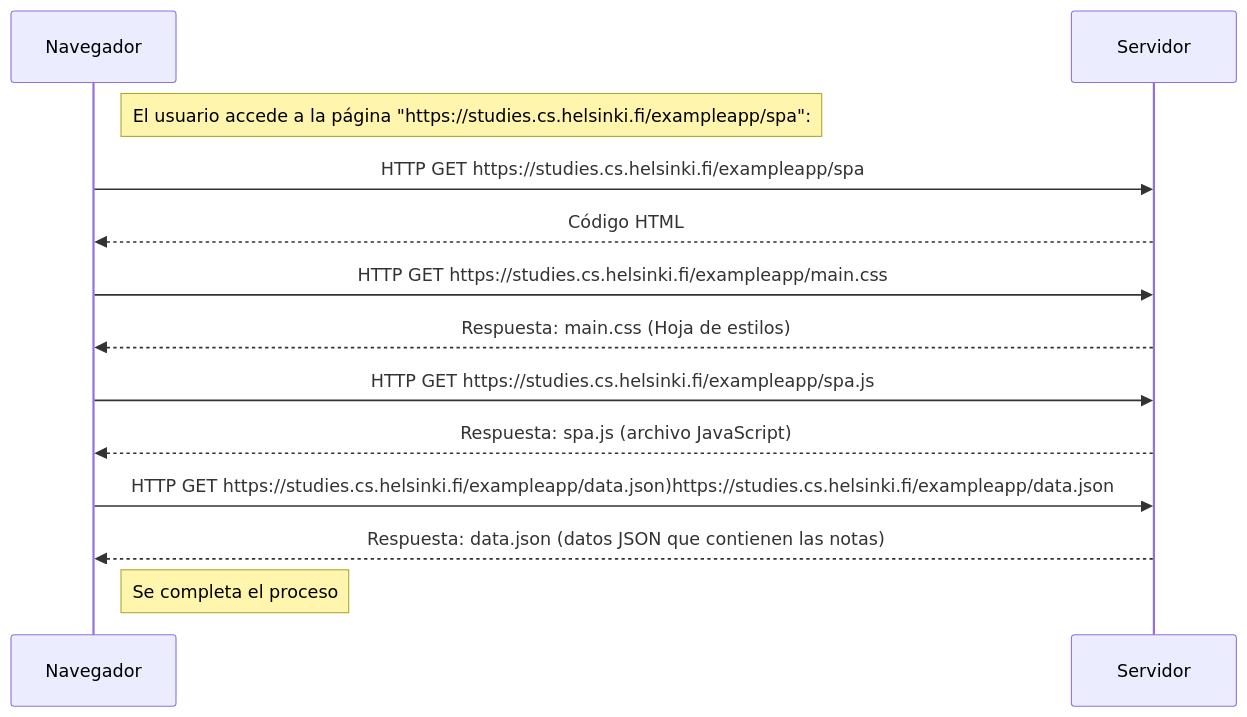
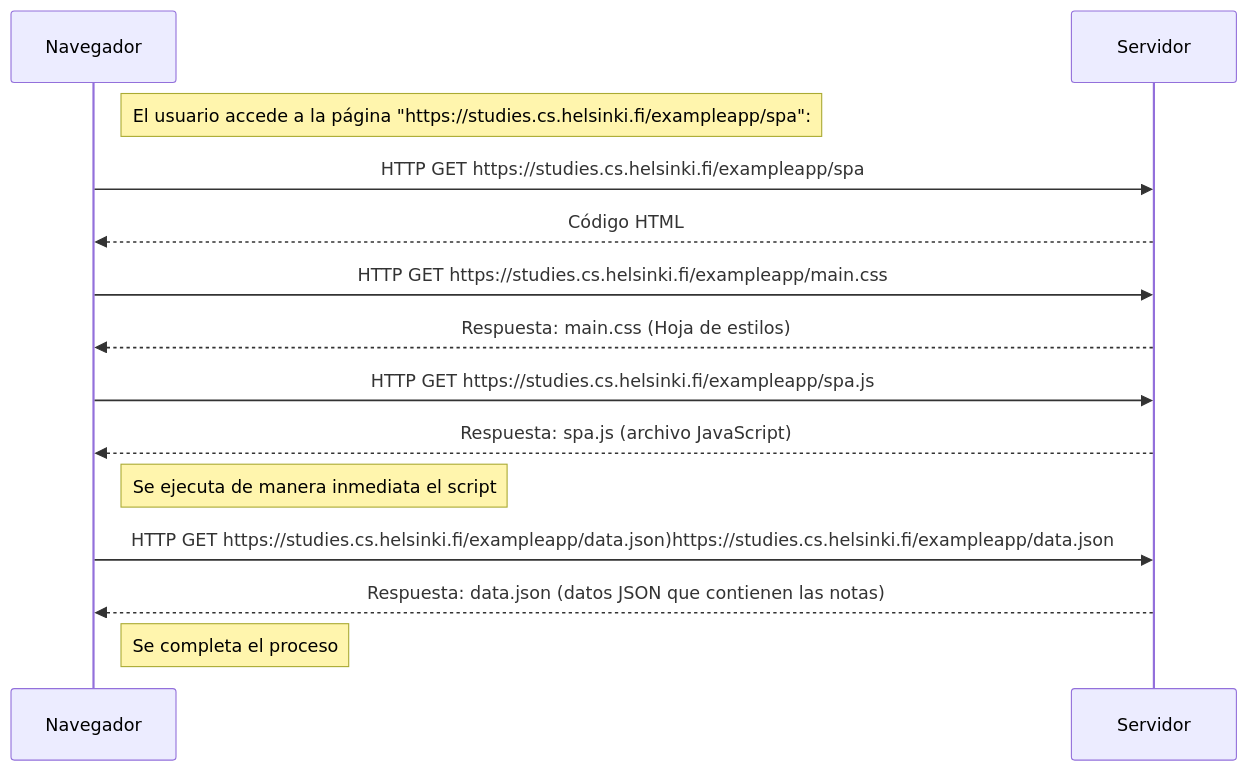
The diagram in Part-0/05-Diagrama-app-una-sola-pagina.md (estebanrcr/FullStackOpen), drawn with Mermaid before and after one commit.

````diff
--- a/Part-0/05-Diagrama-app-una-sola-pagina.md
+++ b/Part-0/05-Diagrama-app-una-sola-pagina.md
@@ -1,18 +1,20 @@
 ```mermaid
 sequenceDiagram
 Participant Navegador
 Participant Servidor
 
 Note right of Navegador: El usuario accede a la página "https://studies.cs.helsinki.fi/exampleapp/spa":
 Navegador ->>  Servidor: HTTP GET https://studies.cs.helsinki.fi/exampleapp/spa
 Servidor -->> Navegador: Código HTML
 Navegador ->>  Servidor: HTTP GET https://studies.cs.helsinki.fi/exampleapp/main.css
 Servidor -->> Navegador: Respuesta: main.css (Hoja de estilos)
 Navegador ->>  Servidor:  HTTP GET https://studies.cs.helsinki.fi/exampleapp/spa.js
 Servidor -->> Navegador: Respuesta: spa.js (archivo JavaScript)
+Note right of Navegador: Se ejecuta de manera inmediata el script
+
 Navegador ->>  Servidor: HTTP GET https://studies.cs.helsinki.fi/exampleapp/data.json)https://studies.cs.helsinki.fi/exampleapp/data.json
 Servidor -->> Navegador: Respuesta: data.json (datos JSON que contienen las notas)
 
 Note right of Navegador: Se completa el proceso
 
 ```
````
